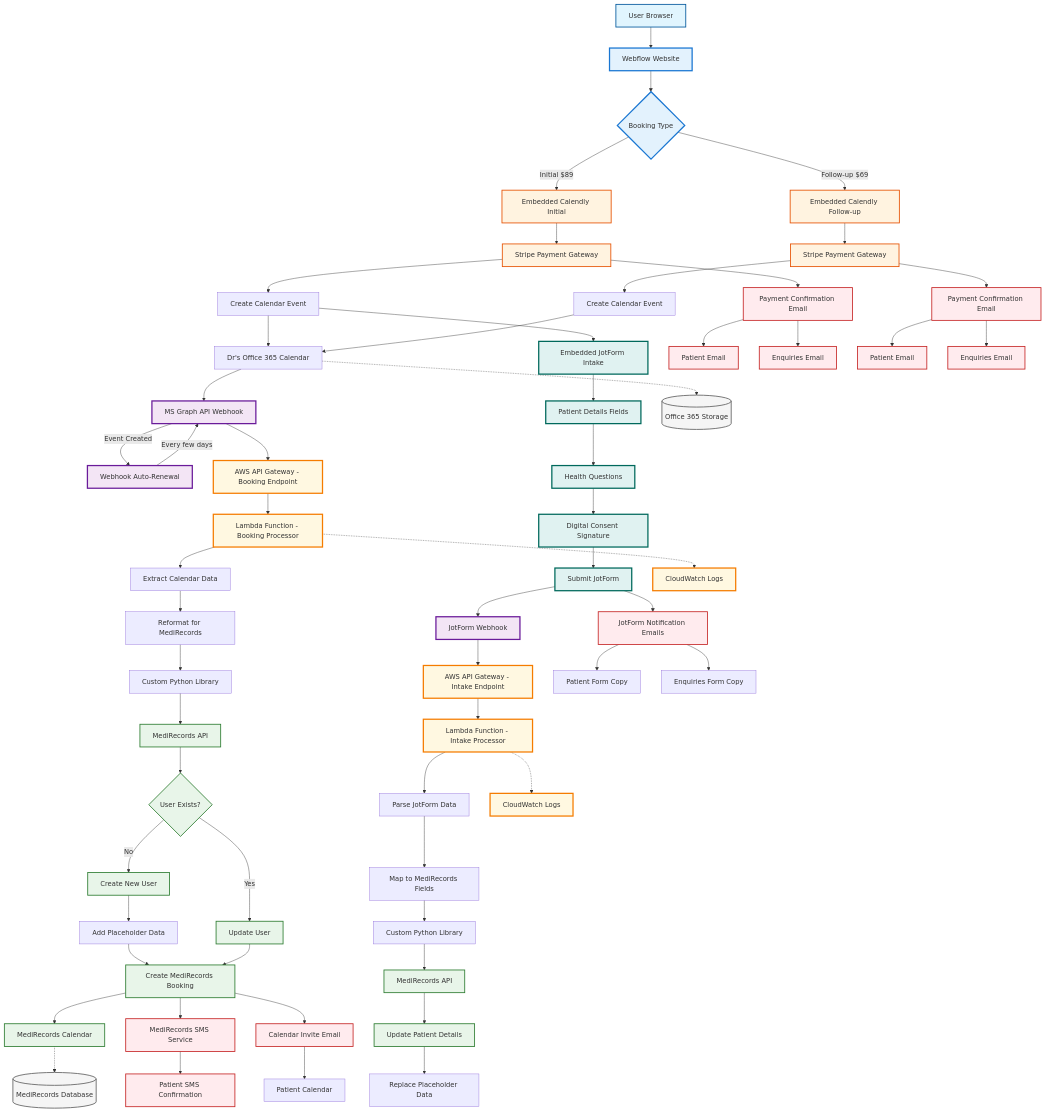
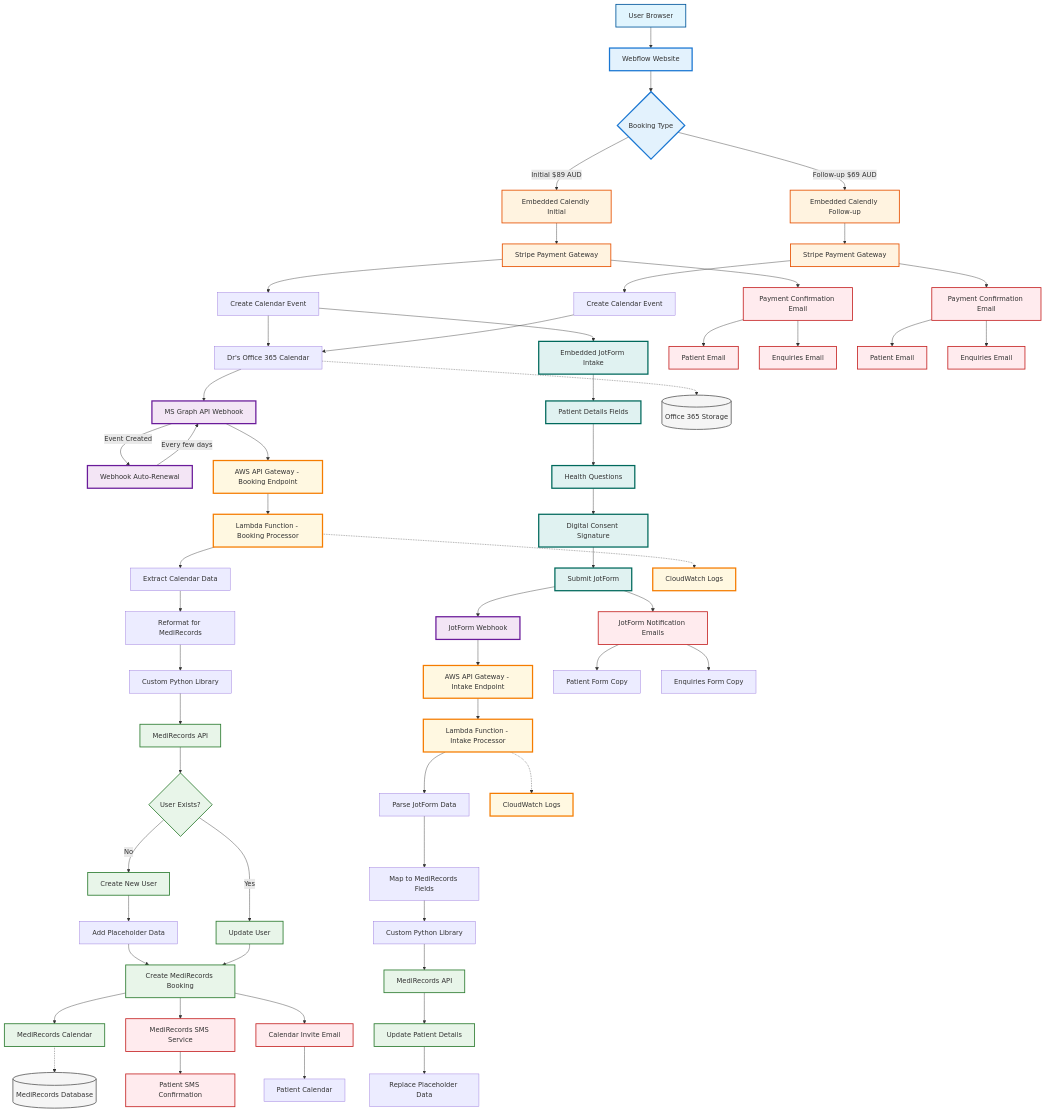
The diagram in flowcharts/1-current-system/tech/booking-tech-flow.md (adaptationio/botanical-updates), drawn with Mermaid before and after one commit. The commit also changed other lines of this file and 31 other files, not shown here.

```diff
--- a/flowcharts/1-current-system/tech/booking-tech-flow.md
+++ b/flowcharts/1-current-system/tech/booking-tech-flow.md
@@ -9,8 +9,8 @@
     User[User Browser] --> Webflow[Webflow Website]
     Webflow --> BookingChoice{Booking Type}
     
-    BookingChoice -->|Initial $89| CalendlyEmbed1[Embedded Calendly Initial]
-    BookingChoice -->|Follow-up $69| CalendlyEmbed2[Embedded Calendly Follow-up]
+    BookingChoice -->|Initial $89 AUD| CalendlyEmbed1[Embedded Calendly Initial]
+    BookingChoice -->|Follow-up $69 AUD| CalendlyEmbed2[Embedded Calendly Follow-up]
     
     %% Calendly Layer
     CalendlyEmbed1 --> StripePayment1[Stripe Payment Gateway]
```
